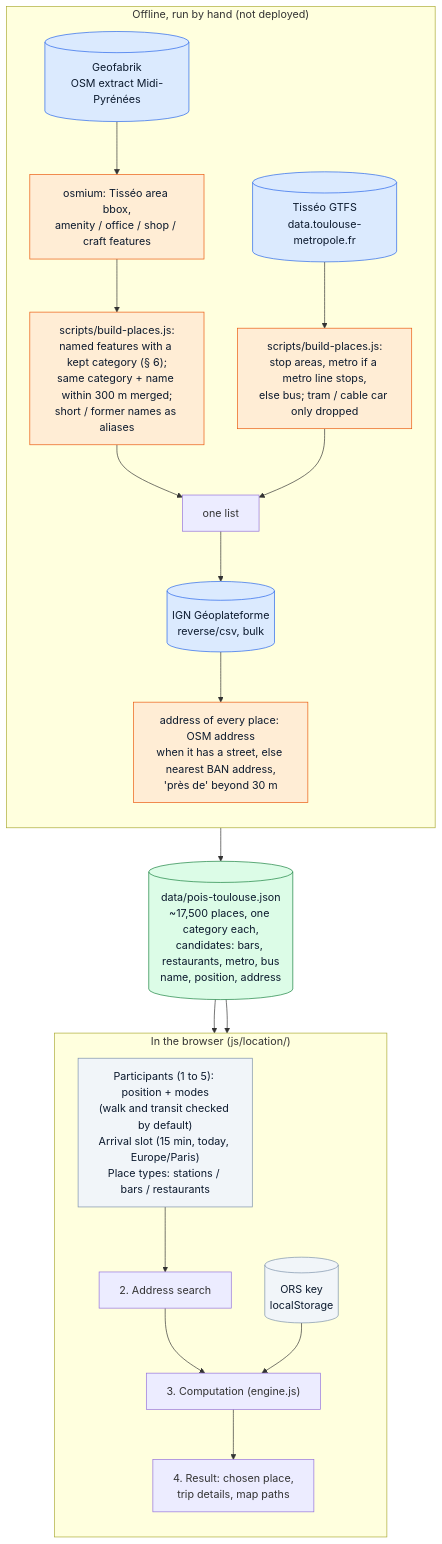
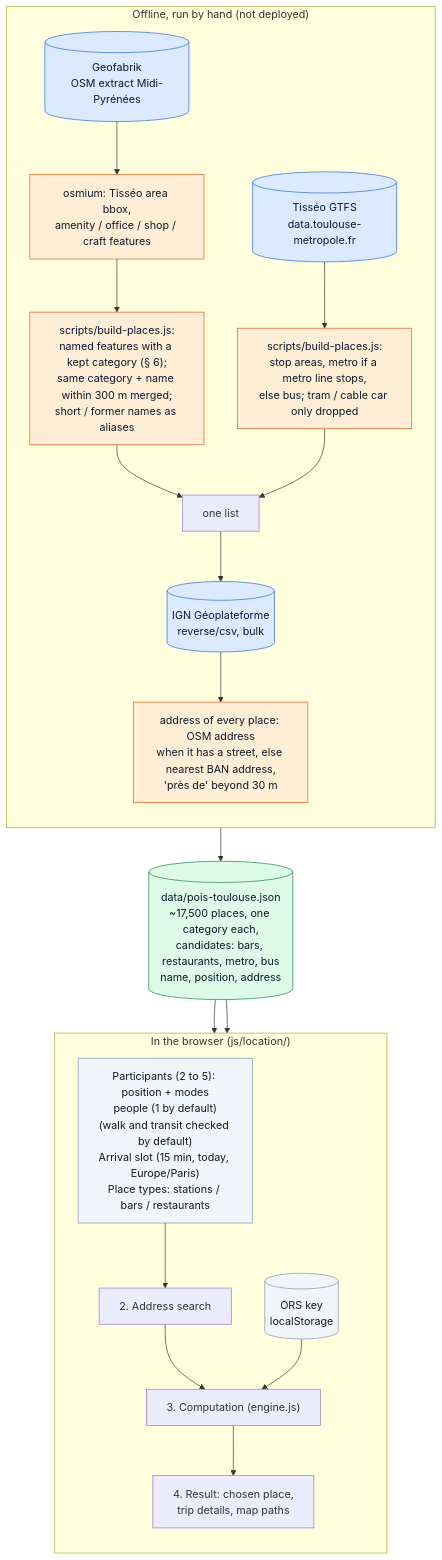
One commit to NicolasGresset/portfolio changed the first of 4 diagrams in docs/location-pipeline.md. Above: the diagram before and after it, drawn with Mermaid. The commit also changed other lines of this file and 5 other files, not shown here.

````diff
--- a/docs/location-pipeline.md
+++ b/docs/location-pipeline.md
@@ -35,39 +45,39 @@
 ```mermaid
 flowchart TB
     classDef api fill:#DBEAFE,stroke:#2563EB,color:#0C1A2E
     classDef local fill:#DCFCE7,stroke:#15803D,color:#0C1A2E
     classDef algo fill:#FFEDD5,stroke:#EA580C,color:#0C1A2E
     classDef user fill:#F1F5F9,stroke:#7A90AA,color:#0C1A2E
 
     subgraph OFFLINE["Offline, run by hand (not deployed)"]
         direction TB
         GEOFABRIK[("Geofabrik<br/>OSM extract Midi-Pyrénées")]:::api
         OSMIUM["osmium: Tisséo area bbox,<br/>amenity / office / shop / craft features"]:::algo
         OSMPLACES["scripts/build-places.js:<br/>named features with a kept category (§ 6);<br/>same category + name within 300 m merged;<br/>short / former names as aliases"]:::algo
         GTFS[("Tisséo GTFS<br/>data.toulouse-metropole.fr")]:::api
         STOPS["scripts/build-places.js:<br/>stop areas, metro if a metro line stops,<br/>else bus; tram / cable car only dropped"]:::algo
         REVCSV[("IGN Géoplateforme<br/>reverse/csv, bulk")]:::api
         ADDR["address of every place: OSM address<br/>when it has a street, else nearest BAN address,<br/>'près de' beyond 30 m"]:::algo
         GEOFABRIK --> OSMIUM --> OSMPLACES
         GTFS --> STOPS
         OSMPLACES --> MERGE["one list"]
         STOPS --> MERGE
         MERGE --> REVCSV --> ADDR
     end
 
     ADDR --> DATA[("data/pois-toulouse.json<br/>~17,500 places, one category each,<br/>candidates: bars, restaurants, metro, bus<br/>name, position, address")]:::local
 
     subgraph BROWSER["In the browser (js/location/)"]
         direction TB
         KEY[("ORS key<br/>localStorage")]:::user
-        INPUT["Participants (1 to 5): position + modes<br/>(walk and transit checked by default)<br/>Arrival slot (15 min, today, Europe/Paris)<br/>Place types: stations / bars / restaurants"]:::user
+        INPUT["Participants (2 to 5): position + modes<br/>people (1 by default)<br/>(walk and transit checked by default)<br/>Arrival slot (15 min, today, Europe/Paris)<br/>Place types: stations / bars / restaurants"]:::user
         SEARCH["2. Address search"]
         ENGINE["3. Computation (engine.js)"]
         RESULT["4. Result: chosen place,<br/>trip details, map paths"]
         INPUT --> SEARCH --> ENGINE --> RESULT
         KEY --> ENGINE
     end
 
     DATA --> SEARCH
     DATA --> ENGINE
 ```
````
